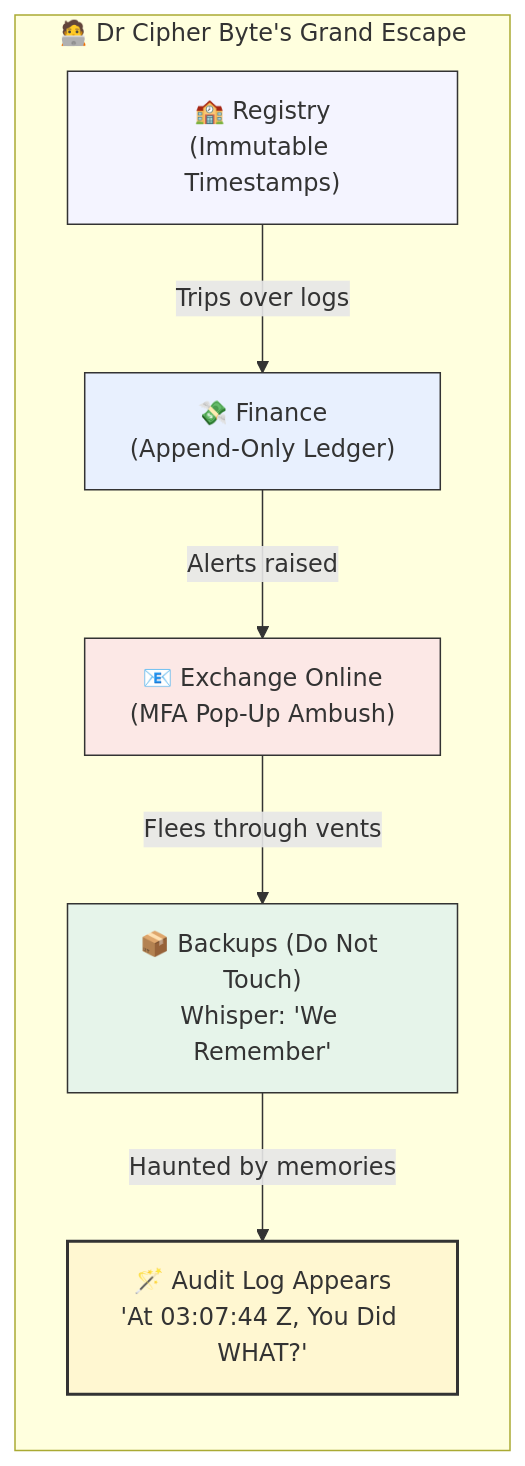
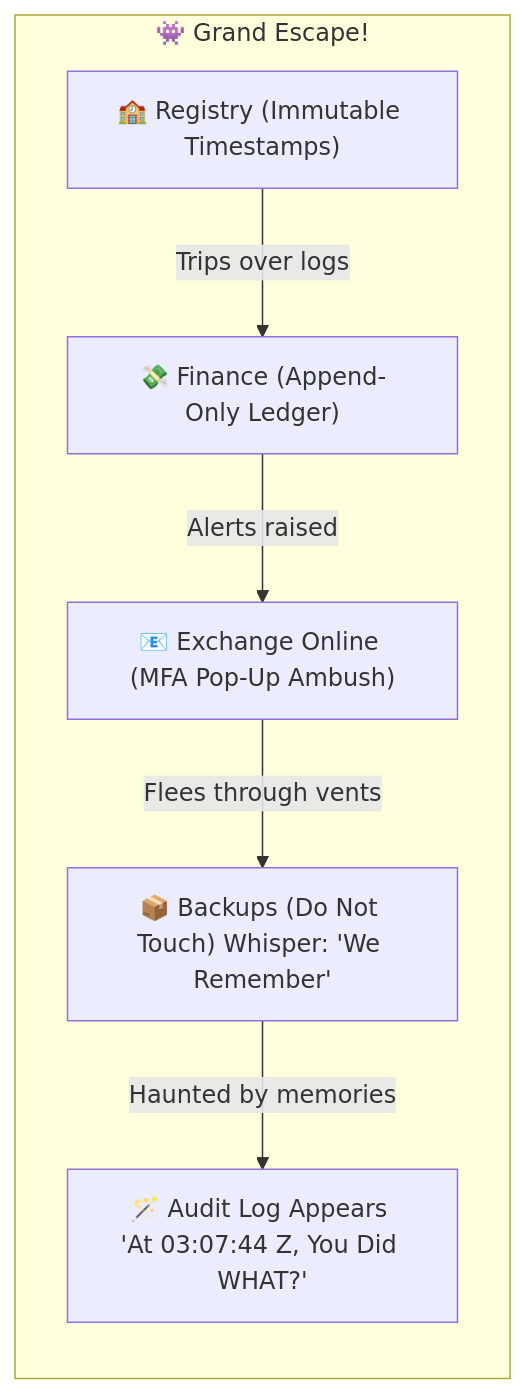
The diagram in Polaris_Nest/Git_Intake_Drawer/✨_defeated_by_audit.md (josefsbreakfast/Polaris-Protocol), drawn with Mermaid before and after one commit. The commit also changed other lines of this file, not shown here.

````diff
--- a/Polaris_Nest/Git_Intake_Drawer/✨_defeated_by_audit.md
+++ b/Polaris_Nest/Git_Intake_Drawer/✨_defeated_by_audit.md
@@ -40,15 +40,10 @@
 ```mermaid
 graph LR
-  subgraph "🧑‍💻 Dr Cipher Byte's Grand Escape"
-    A["🏫 Registry\n(Immutable Timestamps)"] -->|Trips over logs| B["💸 Finance\n(Append-Only Ledger)"]
-    B -->|Alerts raised| C["📧 Exchange Online\n(MFA Pop-Up Ambush)"]
-    C -->|Flees through vents| D["📦 Backups (Do Not Touch)\nWhisper: 'We Remember'"]
-    D -->|Haunted by memories| E["🪄 Audit Log Appears\n'At 03:07:44 Z, You Did WHAT?'"]
+  subgraph "👾 Grand Escape! "
+    A["🏫 Registry (Immutable Timestamps)"] -->|Trips over logs| B["💸 Finance (Append-Only Ledger)"]
+    B -->|Alerts raised| C["📧 Exchange Online (MFA Pop-Up Ambush)"]
+    C -->|Flees through vents| D["📦 Backups (Do Not Touch) Whisper: 'We Remember'"]
+    D -->|Haunted by memories| E["🪄 Audit Log Appears 'At 03:07:44 Z, You Did WHAT?'"]
   end
 
-  style A fill:#f4f4ff,stroke:#333,stroke-width:1px
-  style B fill:#e8f0fe,stroke:#333,stroke-width:1px
-  style C fill:#fce8e6,stroke:#333,stroke-width:1px
-  style D fill:#e6f4ea,stroke:#333,stroke-width:1px
-  style E fill:#fff7d1,stroke:#333,stroke-width:2px
 ```
````
